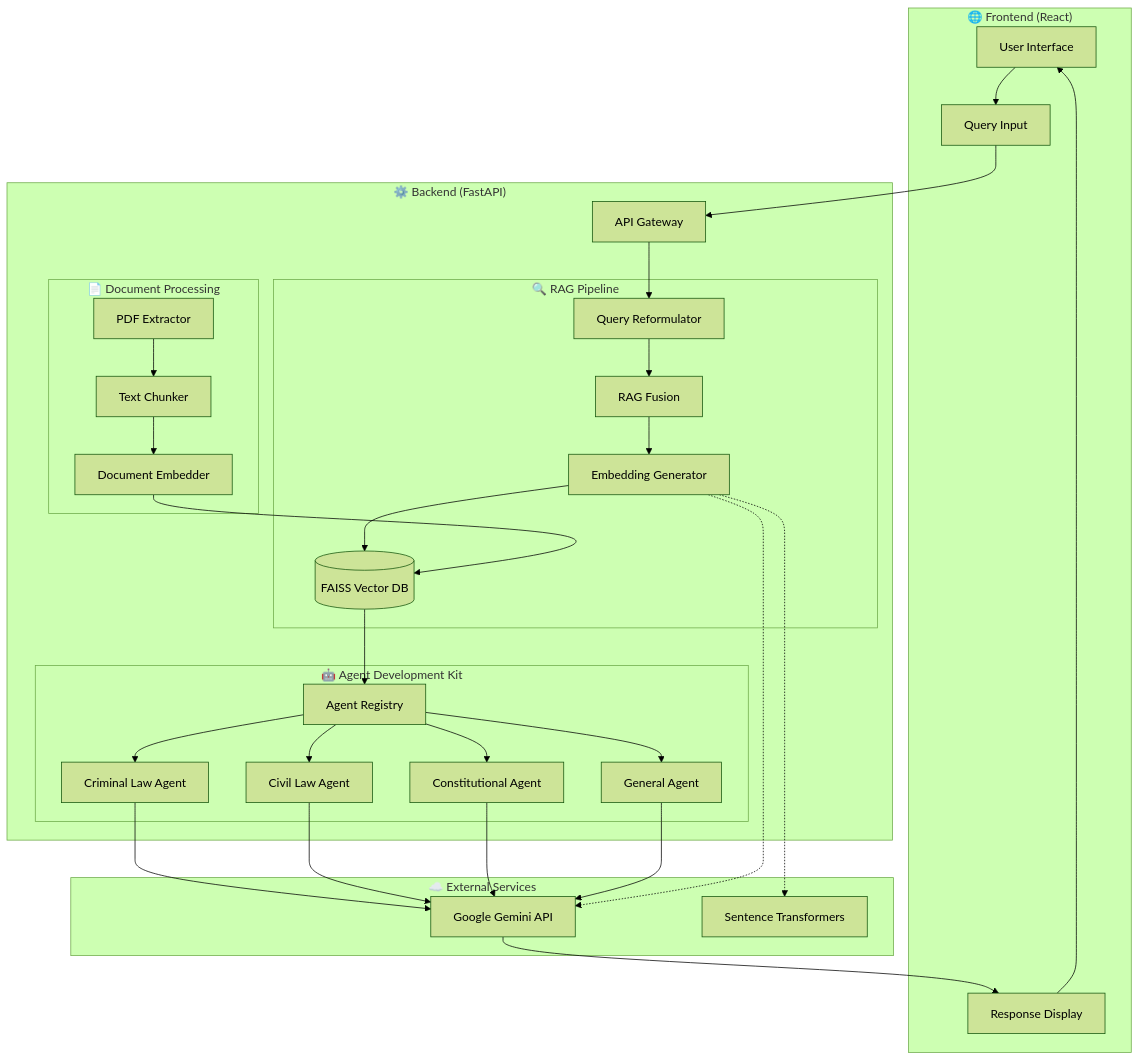
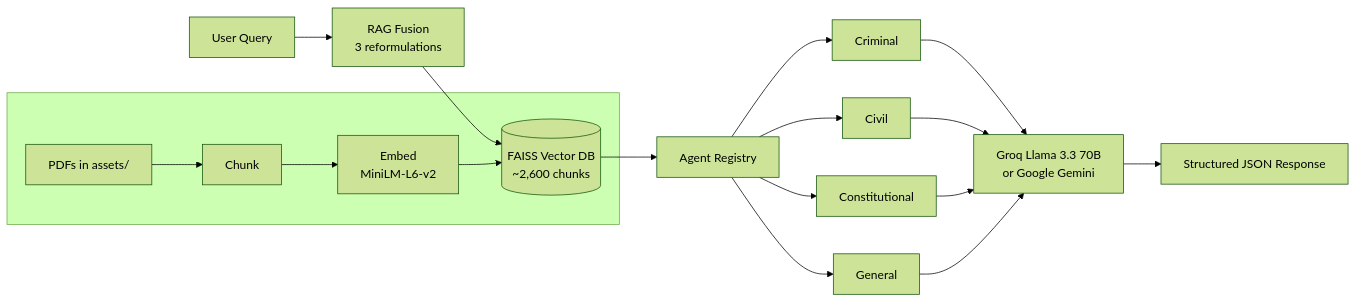
The diagram in README.md (itsDigvijaysing/Indian-Law-AI-Portal), drawn with Mermaid (forest theme) before and after one commit. The commit also changed other lines of this file and 4 other files, not shown here.

````diff
--- a/README.md
+++ b/README.md
@@ -31,54 +22,13 @@
 ```mermaid
-flowchart TB
-    subgraph Frontend["🌐 Frontend (React)"]
-        UI[User Interface]
-        QI[Query Input]
-        RD[Response Display]
+flowchart LR
+    Q[User Query] --> RF[RAG Fusion<br/>3 reformulations]
+    RF --> VDB[(FAISS Vector DB<br/>~2,600 chunks)]
+    VDB --> AR[Agent Registry]
+    AR --> A1[Criminal] & A2[Civil] & A3[Constitutional] & A4[General]
+    A1 & A2 & A3 & A4 --> LLM[Groq Llama 3.3 70B<br/>or Google Gemini]
+    LLM --> R[Structured JSON Response]
+
+    subgraph Ingest[" "]
+        P[PDFs in assets/] --> C[Chunk] --> E[Embed<br/>MiniLM-L6-v2] --> VDB
     end
-
-    subgraph Backend["⚙️ Backend (FastAPI)"]
-        API[API Gateway]
-        
-        subgraph ADK["🤖 Agent Development Kit"]
-            AR[Agent Registry]
-            CA[Criminal Law Agent]
-            CVA[Civil Law Agent]
-            COA[Constitutional Agent]
-            GA[General Agent]
-        end
-        
-        subgraph RAG["🔍 RAG Pipeline"]
-            QR[Query Reformulator]
-            RF[RAG Fusion]
-            EG[Embedding Generator]
-            VDB[(FAISS Vector DB)]
-        end
-        
-        subgraph DP["📄 Document Processing"]
-            PDF[PDF Extractor]
-            TC[Text Chunker]
-            DE[Document Embedder]
-        end
-    end
-
-    subgraph External["☁️ External Services"]
-        GEMINI[Google Gemini API]
-        ST[Sentence Transformers]
-    end
-
-    UI --> QI
-    QI --> API
-    API --> QR
-    QR --> RF
-    RF --> EG
-    EG --> VDB
-    VDB --> AR
-    AR --> CA & CVA & COA & GA
-    CA & CVA & COA & GA --> GEMINI
-    GEMINI --> RD
-    RD --> UI
-    
-    PDF --> TC --> DE --> VDB
-    EG -.-> ST
-    EG -.-> GEMINI
 ```
````
